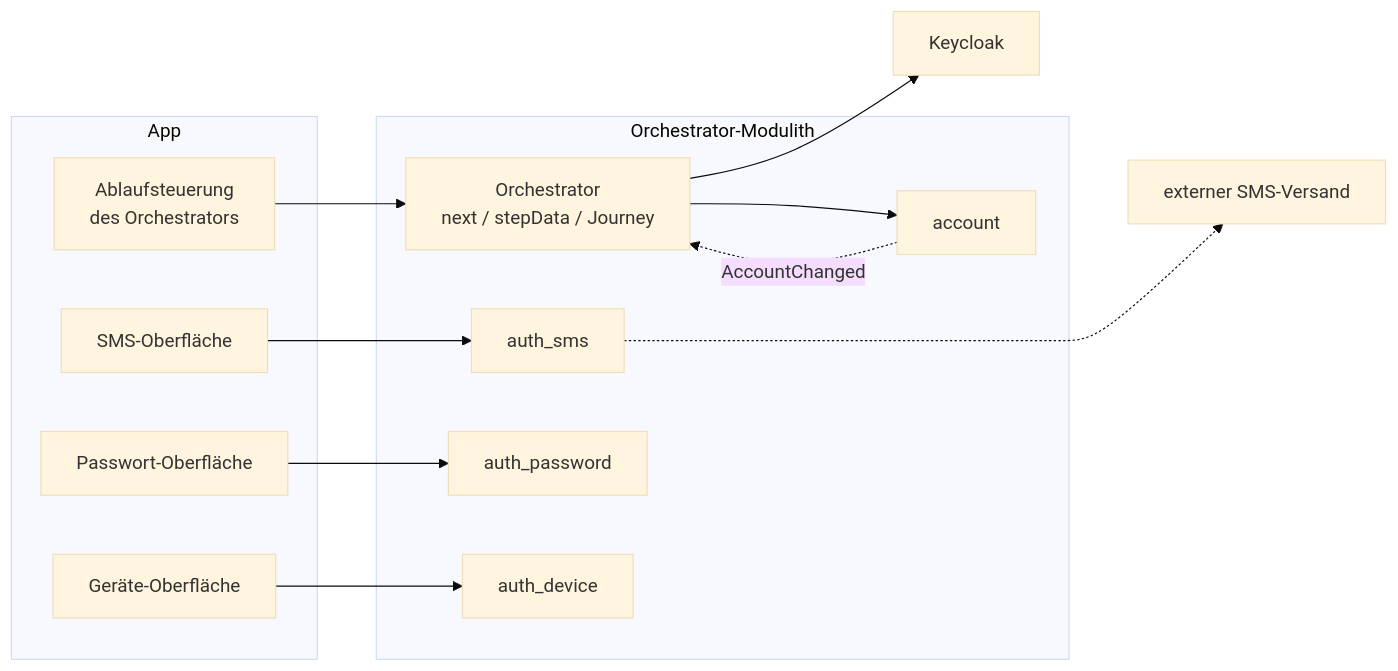
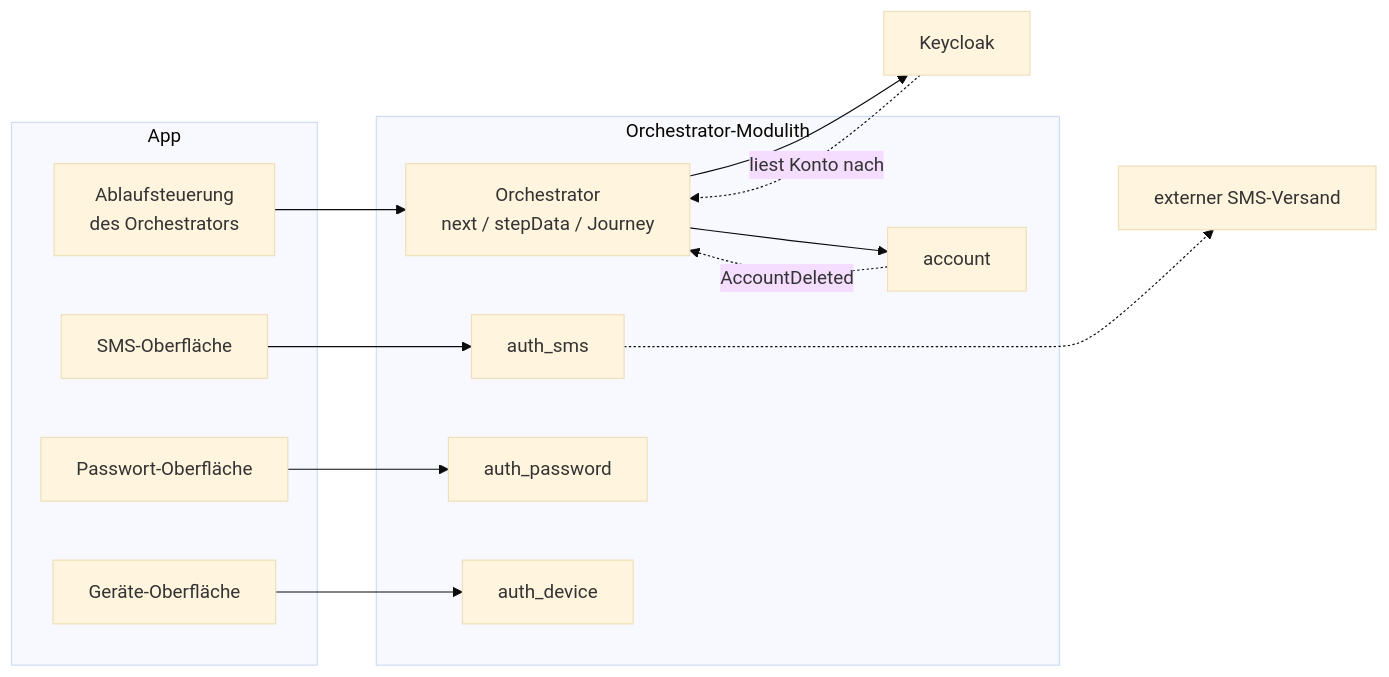
One commit to rpreissel/DPoP-demo changed the diagram in docs/10-frontend.md. Above: the diagram before and after it, drawn with Mermaid (base theme). The commit also changed other lines of this file and 32 other files, not shown here.

````diff
--- a/docs/10-frontend.md
+++ b/docs/10-frontend.md
@@ -13,32 +13,33 @@
 ```mermaid
 flowchart LR
   subgraph App["App"]
     NE["Ablaufsteuerung<br/>des Orchestrators"]
     UI1["SMS-Oberfläche"]
     UI2["Passwort-Oberfläche"]
     UI3["Geräte-Oberfläche"]
   end
 
   subgraph Backend["Orchestrator-Modulith"]
     O["Orchestrator<br/>next / stepData / Journey"]
     AC["account"]
     M1["auth_sms"]
     M2["auth_password"]
     M3["auth_device"]
   end
 
   KC["Keycloak"]
   EXT1["externer SMS-Versand"]
   KC ~~~ EXT1
 
   NE --> O
   O --> KC
+  KC -.->|liest Konto nach| O
   O --> AC
-  AC -.->|AccountChanged| O
+  AC -.->|AccountDeleted| O
 
   UI1 --> M1
   UI2 --> M2
   UI3 --> M3
 
   M1 -.-> EXT1
 ```
````
